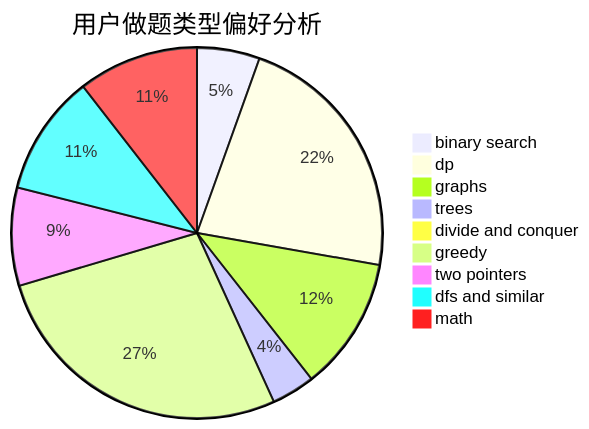
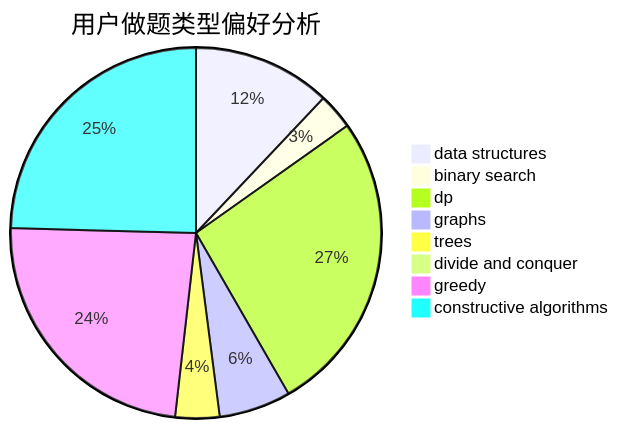
One commit to sherpahu/cfrs.github.io changed the second of 3 diagrams in docs/user/u2408.md. Above: the diagram before and after it, drawn with Mermaid. The commit also changed other lines of this file and 2775 other files, not shown here.

````diff
--- a/docs/user/u2408.md
+++ b/docs/user/u2408.md
@@ -23,12 +23,11 @@
 ```mermaid
 pie title 用户做题类型偏好分析
-    "binary search" :  39
-    "dp" :  159
-    "graphs" :  83
-    "trees" :  27
+    "data structures" :  50
+    "binary search" :  13
+    "dp" :  110
+    "graphs" :  26
+    "trees" :  16
     "divide and conquer" :  0
-    "greedy" :  194
-    "two pointers" :  61
-    "dfs and similar" :  75
-    "math" :  75
+    "greedy" :  98
+    "constructive algorithms" :  102
 ```
````
